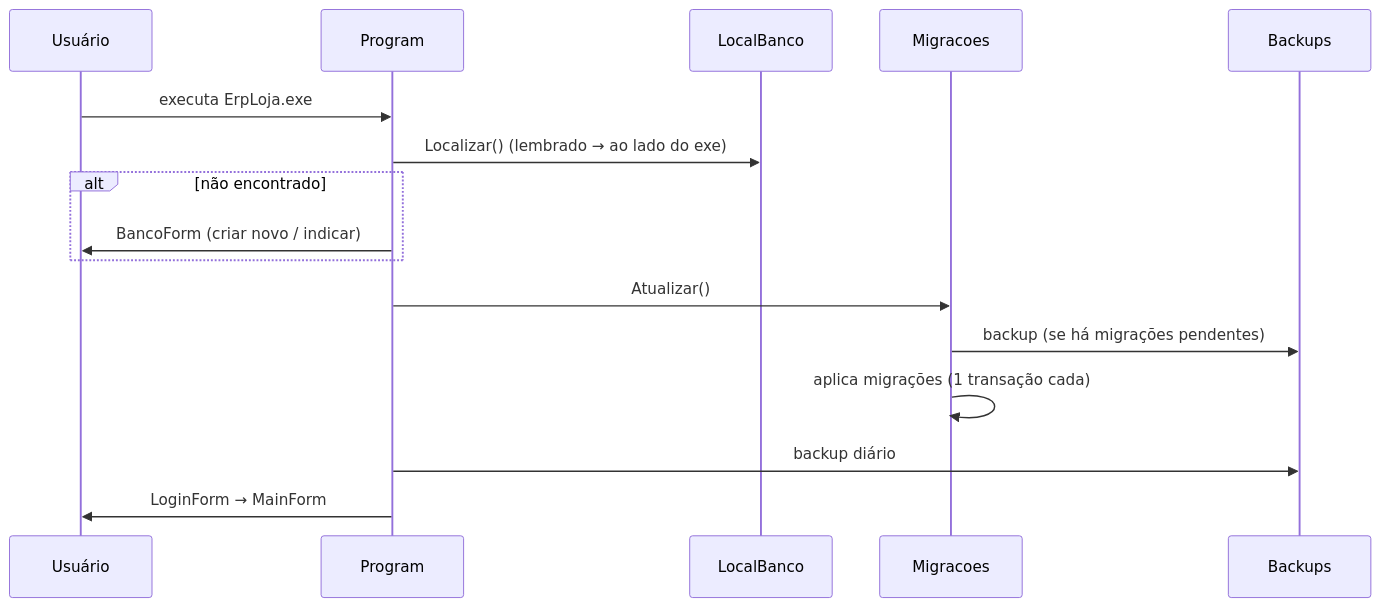
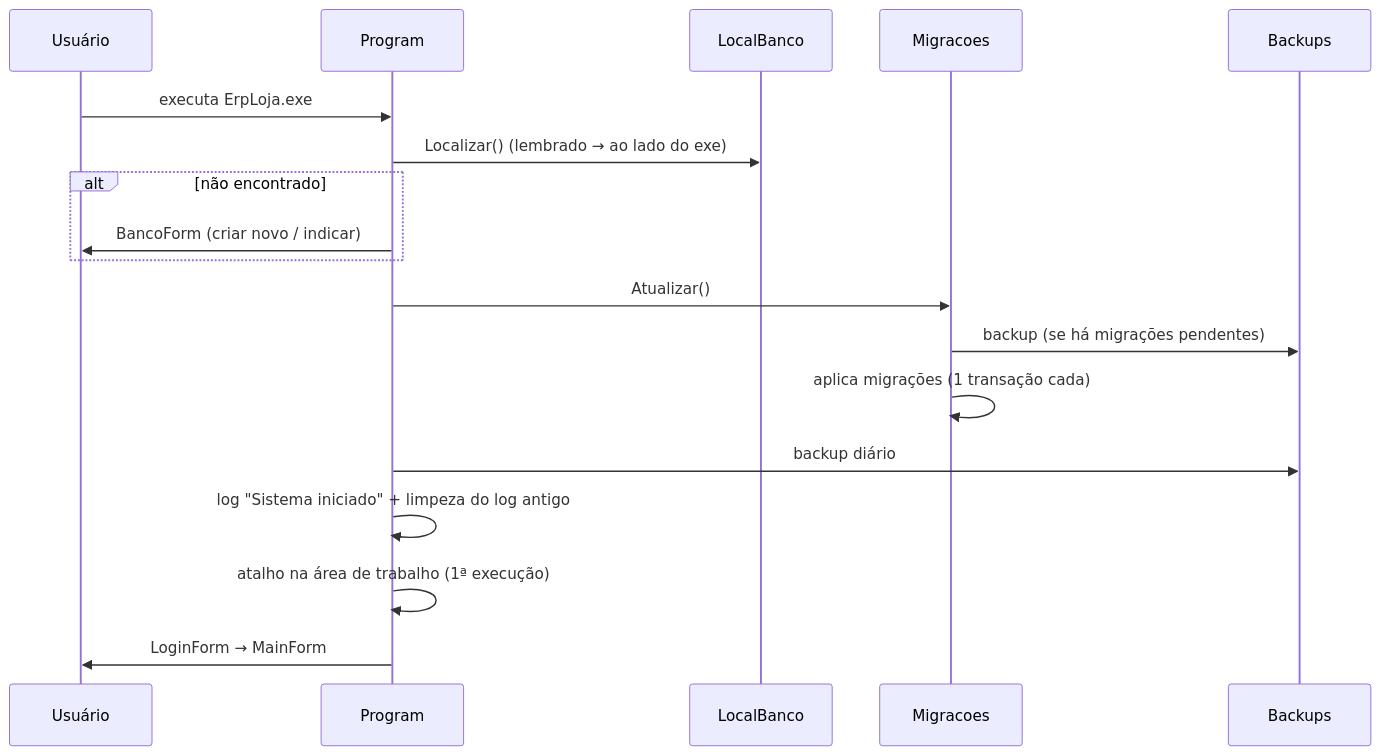
Before and after one commit to thales-fratarcangeli/erp_completo: the third of 3 diagrams in docs/05-arquitetura.md, drawn with Mermaid. The commit also changed other lines of this file and 9 other files, not shown here.

````diff
--- a/docs/05-arquitetura.md
+++ b/docs/05-arquitetura.md
@@ -88,18 +103,20 @@
 ```mermaid
 sequenceDiagram
     participant U as Usuário
     participant P as Program
     participant L as LocalBanco
     participant M as Migracoes
     participant B as Backups
     U->>P: executa ErpLoja.exe
     P->>L: Localizar() (lembrado → ao lado do exe)
     alt não encontrado
         P->>U: BancoForm (criar novo / indicar)
     end
     P->>M: Atualizar()
     M->>B: backup (se há migrações pendentes)
     M->>M: aplica migrações (1 transação cada)
     P->>B: backup diário
+    P->>P: log "Sistema iniciado" + limpeza do log antigo
+    P->>P: atalho na área de trabalho (1ª execução)
     P->>U: LoginForm → MainForm
 ```
````
